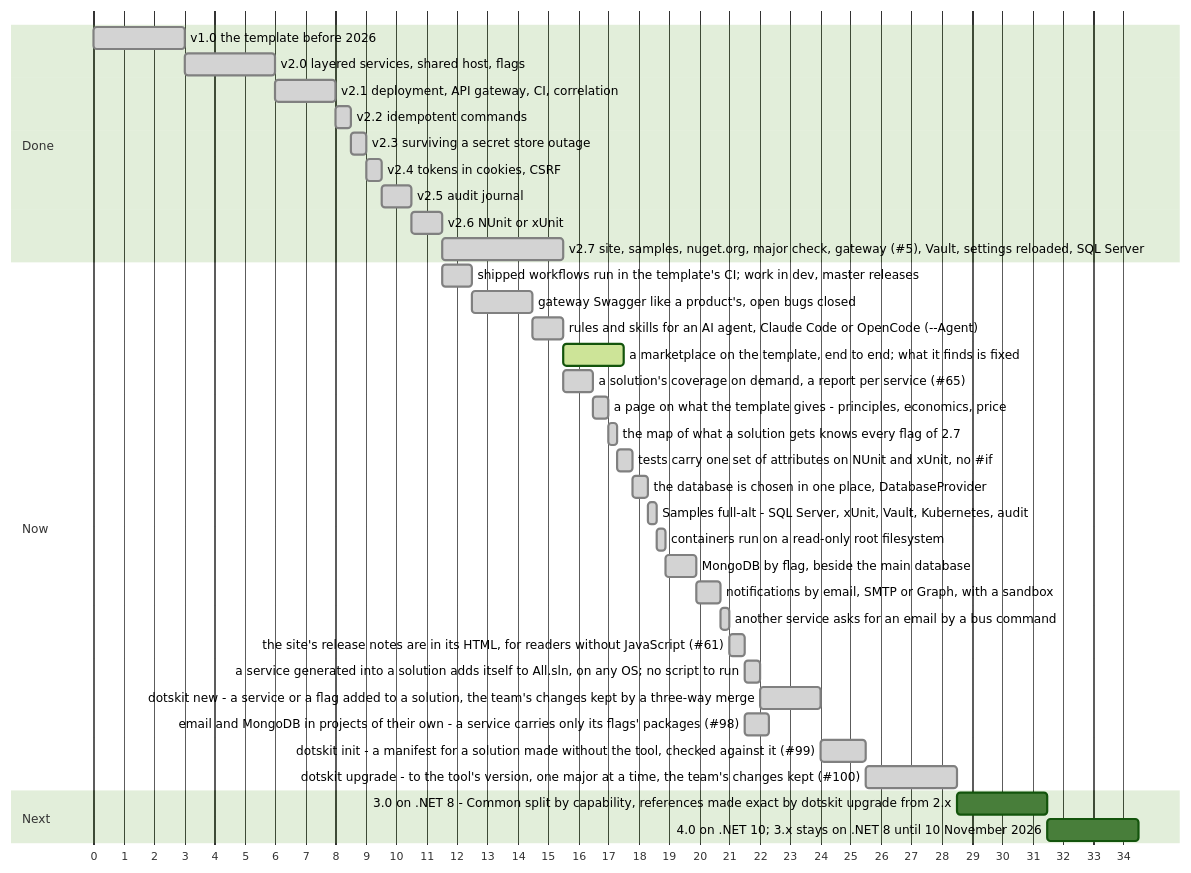
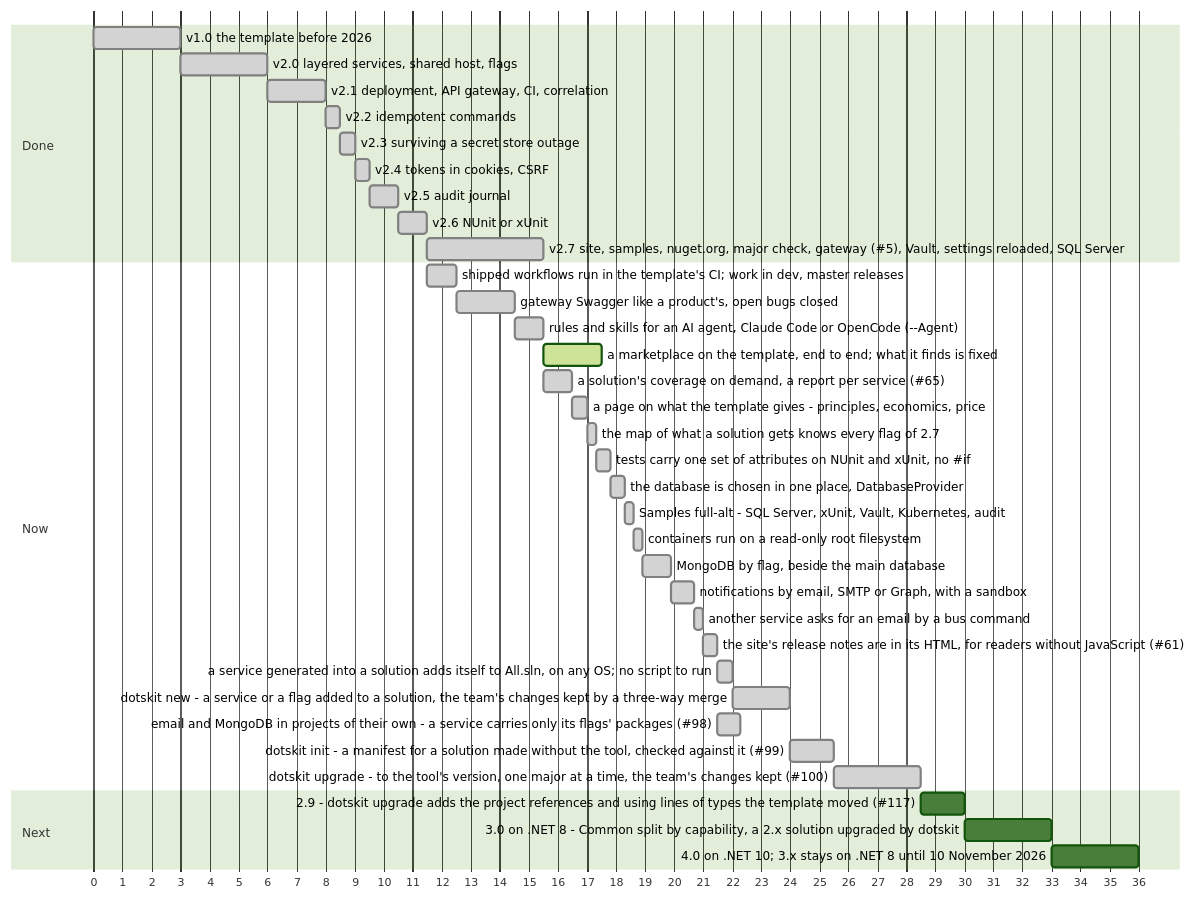
The diagram in docs/roadmap.md (Vovanda/DotNetSolutionKit), drawn with Mermaid (forest theme) before and after one commit. The commit also changed other lines of this file and 3 other files, not shown here.

First line of the commit message:
docs: dotskit upgrade repairs references between projects from 2.9, before 3.0 moves types (#117)

````diff
--- a/docs/roadmap.md
+++ b/docs/roadmap.md
@@ -5,43 +5,44 @@
 ```mermaid
 gantt
     dateFormat X
     axisFormat %s
     tickInterval 1second
 
     section Done
     v1.0 the template before 2026                         :done, s1, 0, 3000ms
     v2.0 layered services, shared host, flags             :done, s2, after s1, 3000ms
     v2.1 deployment, API gateway, CI, correlation         :done, s3, after s2, 2000ms
     v2.2 idempotent commands                              :done, s4, after s3, 500ms
     v2.3 surviving a secret store outage                  :done, s5, after s4, 500ms
     v2.4 tokens in cookies, CSRF                          :done, s6, after s5, 500ms
     v2.5 audit journal                                    :done, s7, after s6, 1000ms
     v2.6 NUnit or xUnit                                   :done, s8, after s7, 1000ms
     v2.7 site, samples, nuget.org, major check, gateway (#5), Vault, settings reloaded, SQL Server :done, s9, after s8, 4000ms
 
     section Now
     shipped workflows run in the template's CI; work in dev, master releases :done, s10, after s8, 1000ms
     gateway Swagger like a product's, open bugs closed :done, s11, after s10, 2000ms
     rules and skills for an AI agent, Claude Code or OpenCode (--Agent) :done, s12, after s11, 1000ms
     a marketplace on the template, end to end; what it finds is fixed :active, s13, after s12, 2000ms
     a solution's coverage on demand, a report per service (#65) :done, s14, after s9, 1000ms
     a page on what the template gives - principles, economics, price :done, s16, after s14, 500ms
     the map of what a solution gets knows every flag of 2.7 :done, s17, after s16, 300ms
     tests carry one set of attributes on NUnit and xUnit, no #if :done, s18, after s17, 500ms
     the database is chosen in one place, DatabaseProvider :done, s19, after s18, 500ms
     Samples full-alt - SQL Server, xUnit, Vault, Kubernetes, audit :done, s20, after s19, 300ms
     containers run on a read-only root filesystem :done, s21, after s20, 300ms
     MongoDB by flag, beside the main database :done, s22, after s21, 1000ms
     notifications by email, SMTP or Graph, with a sandbox :done, s23, after s22, 800ms
     another service asks for an email by a bus command :done, s24, after s23, 300ms
     the site's release notes are in its HTML, for readers without JavaScript (#61) :done, s25, after s24, 500ms
     a service generated into a solution adds itself to All.sln, on any OS; no script to run :done, s26, after s25, 500ms
     dotskit new - a service or a flag added to a solution, the team's changes kept by a three-way merge :done, s27, after s26, 2000ms
     email and MongoDB in projects of their own - a service carries only its flags' packages (#98) :done, s28, after s25, 800ms
     dotskit init - a manifest for a solution made without the tool, checked against it (#99) :done, s29, after s27, 1500ms
     dotskit upgrade - to the tool's version, one major at a time, the team's changes kept (#100) :done, s30, after s29, 3000ms
 
     section Next
-    3.0 on .NET 8 - Common split by capability, references made exact by dotskit upgrade from 2.x :s15, after s30, 3000ms
+    2.9 - dotskit upgrade adds the project references and using lines of types the template moved (#117) :s32, after s30, 1500ms
+    3.0 on .NET 8 - Common split by capability, a 2.x solution upgraded by dotskit :s15, after s32, 3000ms
     4.0 on .NET 10; 3.x stays on .NET 8 until 10 November 2026 :s31, after s15, 3000ms
 ```
````
